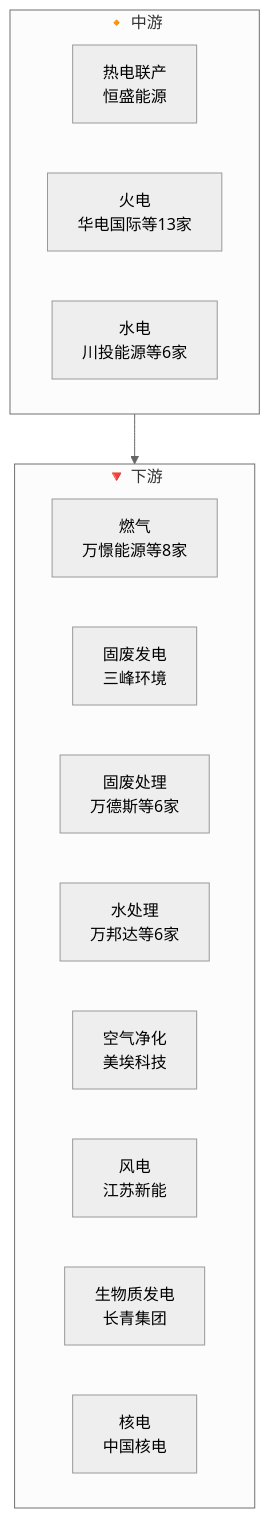
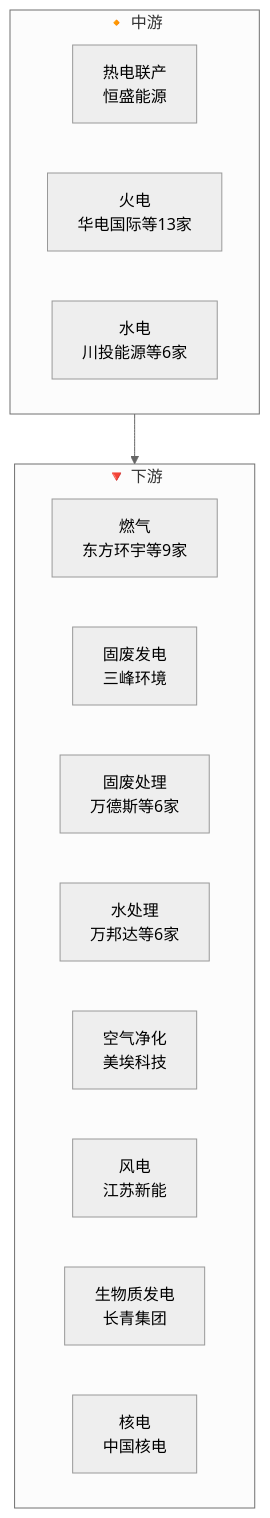
One commit to zhangbo1882/open-industry changed the diagram in industry/wiki/industries/公用事业产业链.md. Above: the diagram before and after it, drawn with Mermaid (neutral theme). The commit also changed other lines of this file and 10 other files, not shown here.

````diff
--- a/industry/wiki/industries/公用事业产业链.md
+++ b/industry/wiki/industries/公用事业产业链.md
@@ -17,19 +17,19 @@
 ```mermaid
 flowchart TB
     subgraph midstream["🔸 中游"]
         热电联产["热电联产<br/>恒盛能源"]
         火电["火电<br/>华电国际等13家"]
         水电["水电<br/>川投能源等6家"]
     end
     subgraph downstream["🔻 下游"]
-        燃气["燃气<br/>万憬能源等8家"]
+        燃气["燃气<br/>东方环宇等9家"]
         固废发电["固废发电<br/>三峰环境"]
         固废处理["固废处理<br/>万德斯等6家"]
         水处理["水处理<br/>万邦达等6家"]
         空气净化["空气净化<br/>美埃科技"]
         风电["风电<br/>江苏新能"]
         生物质发电["生物质发电<br/>长青集团"]
         核电["核电<br/>中国核电"]
     end
     midstream --> downstream
 ```
````
